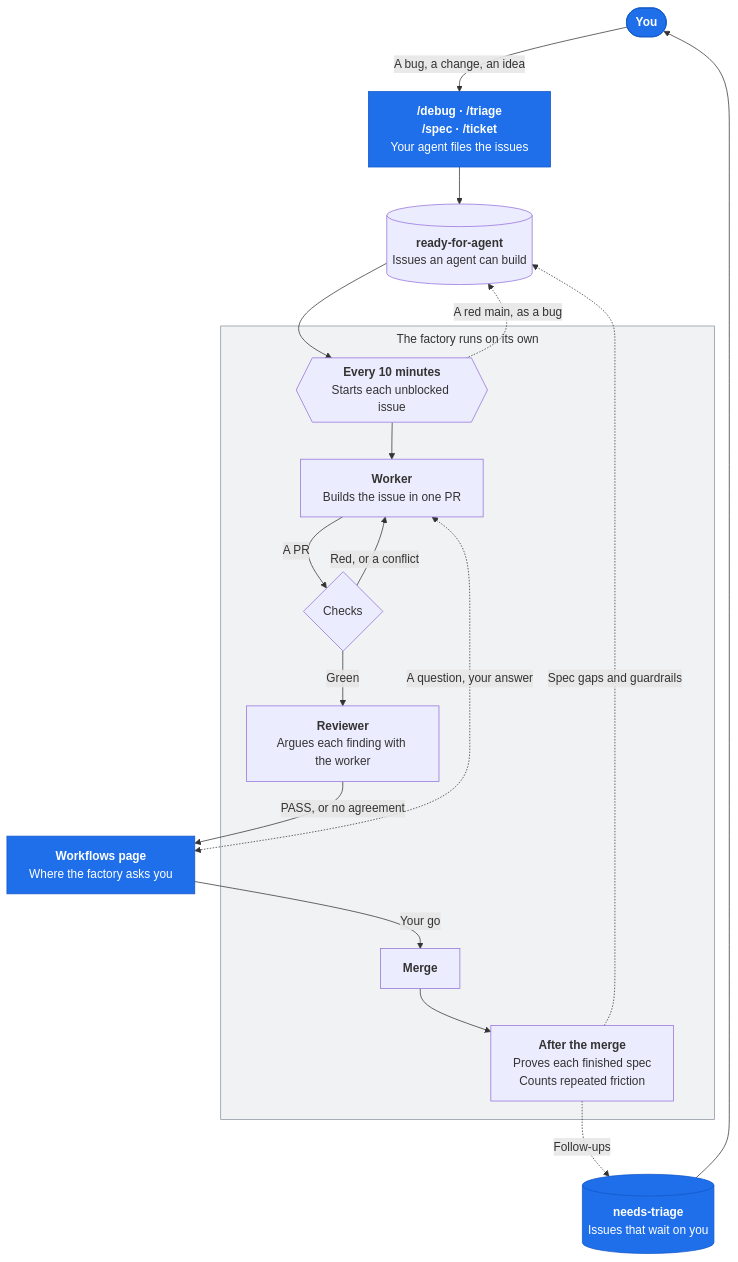
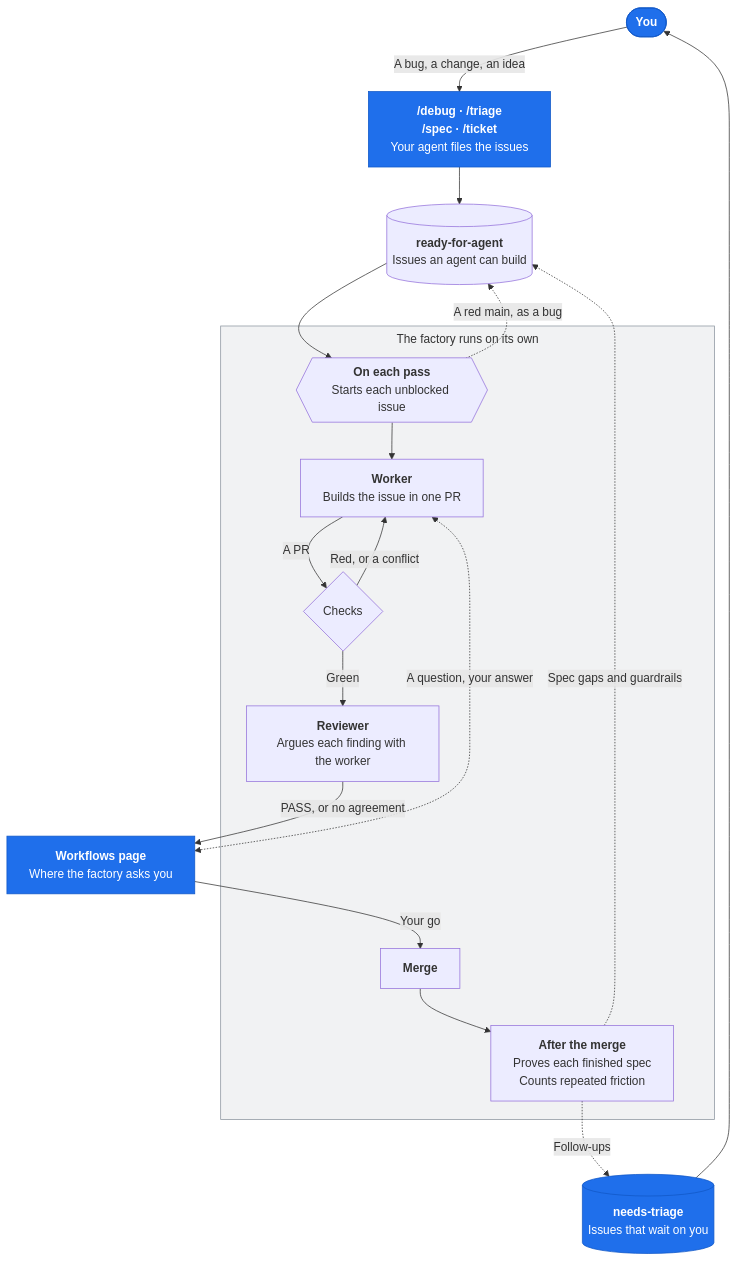
One commit to dante-sparras/skills changed the diagram in README.md. Above: the diagram before and after it, drawn with Mermaid. The commit also changed other lines of this file and 9 other files, not shown here.

````diff
--- a/README.md
+++ b/README.md
@@ -17,37 +17,37 @@
 ```mermaid
 %%{init: {"flowchart": {"subGraphTitleMargin": {"top": 6, "bottom": 12}}}}%%
 flowchart TD
     you(["<b>You</b>"]):::you
     intake["<b>/debug · /triage</b><br/><b>/spec · /ticket</b><br/>Your agent files the issues"]:::you
     ready[("<b>ready-for-agent</b><br/>Issues an agent can build")]
     ask["<b>Workflows page</b><br/>Where the factory asks you"]:::you
     triage[("<b>needs-triage</b><br/>Issues that wait on you")]:::you
 
     subgraph factory["The factory runs on its own"]
-        start{{"<b>Every 10 minutes</b><br/>Starts each unblocked issue"}}
+        start{{"<b>On each pass</b><br/>Starts each unblocked issue"}}
         worker["<b>Worker</b><br/>Builds the issue in one PR"]
         checks{"Checks"}
         review["<b>Reviewer</b><br/>Argues each finding with the worker"]
         merge["<b>Merge</b>"]
         learn["<b>After the merge</b><br/>Proves each finished spec<br/>Counts repeated friction"]
     end
 
     you -- "A bug, a change, an idea" --> intake
     intake --> ready
     ready --> start
     start --> worker
     worker -- "A PR" --> checks
     checks -- "Red, or a conflict" --> worker
     checks -- "Green" --> review
     review -- "PASS, or no agreement" --> ask
     worker <-. "A question, your answer" .-> ask
     ask -- "Your go" --> merge
     merge --> learn
     start -. "A red main, as a bug" .-> ready
     learn -. "Spec gaps and guardrails" .-> ready
     learn -. "Follow-ups" .-> triage
     triage --> you
 
     classDef you fill:#1f6feb,stroke:#1158c7,color:#ffffff
     style factory fill:#8b949e1f,stroke:#8b949e
 ```
````
